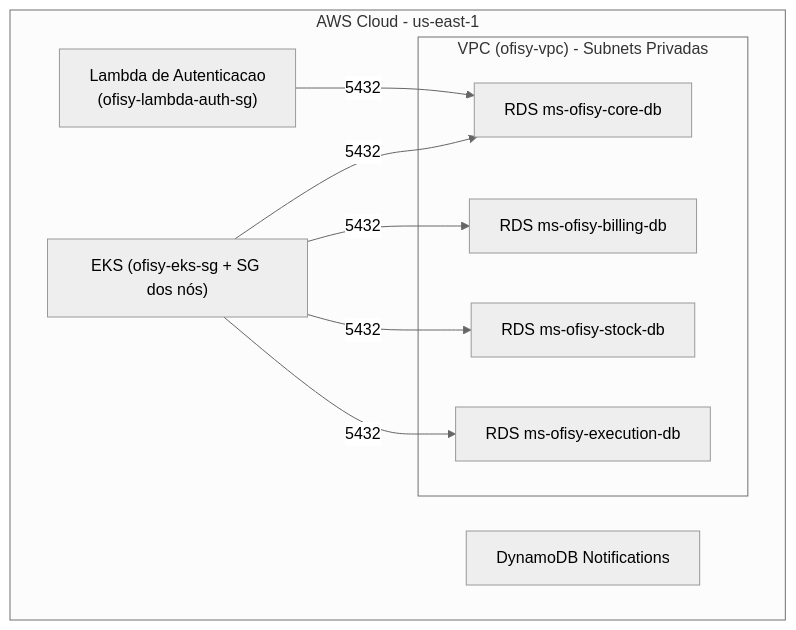
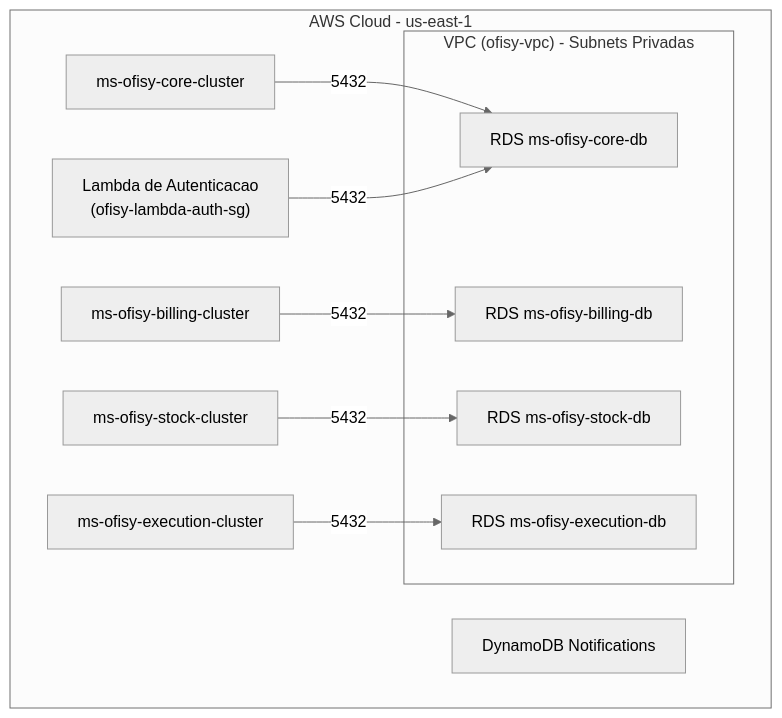
One commit to 15SOAT-FIAP/techchallenge-ofisy-db-infra changed the first of 2 diagrams in README.md. Above: the diagram before and after it, drawn with Mermaid (neutral theme). The commit also changed other lines of this file, not shown here.

Commit message:
docs: documentar os clusters eks por microsserviço

````diff
--- a/README.md
+++ b/README.md
@@ -39,19 +39,19 @@
 ```mermaid
 graph TD
     subgraph AWS Cloud - us-east-1
         subgraph VPC ["VPC (ofisy-vpc) - Subnets Privadas"]
             Core["RDS ms-ofisy-core-db"]
             Billing["RDS ms-ofisy-billing-db"]
             Stock["RDS ms-ofisy-stock-db"]
             Execution["RDS ms-ofisy-execution-db"]
         end
 
-        EKSSG["EKS (ofisy-eks-sg + SG dos nós)"] -->|5432| Core
-        EKSSG -->|5432| Billing
-        EKSSG -->|5432| Stock
-        EKSSG -->|5432| Execution
+        EKSCore["ms-ofisy-core-cluster"] -->|5432| Core
+        EKSBilling["ms-ofisy-billing-cluster"] -->|5432| Billing
+        EKSStock["ms-ofisy-stock-cluster"] -->|5432| Stock
+        EKSExecution["ms-ofisy-execution-cluster"] -->|5432| Execution
         LambdaSG["Lambda de Autenticacao<br/>(ofisy-lambda-auth-sg)"] -->|5432| Core
 
         Dynamo["DynamoDB Notifications"]
     end
 ```
````
